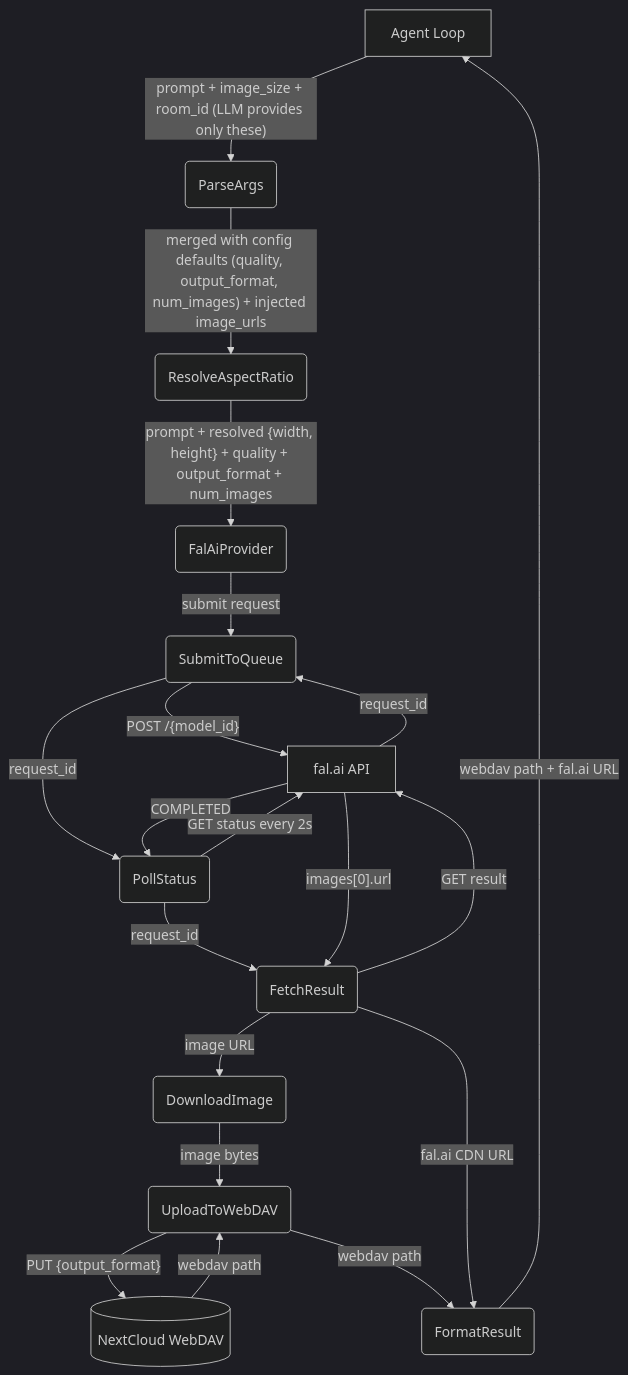
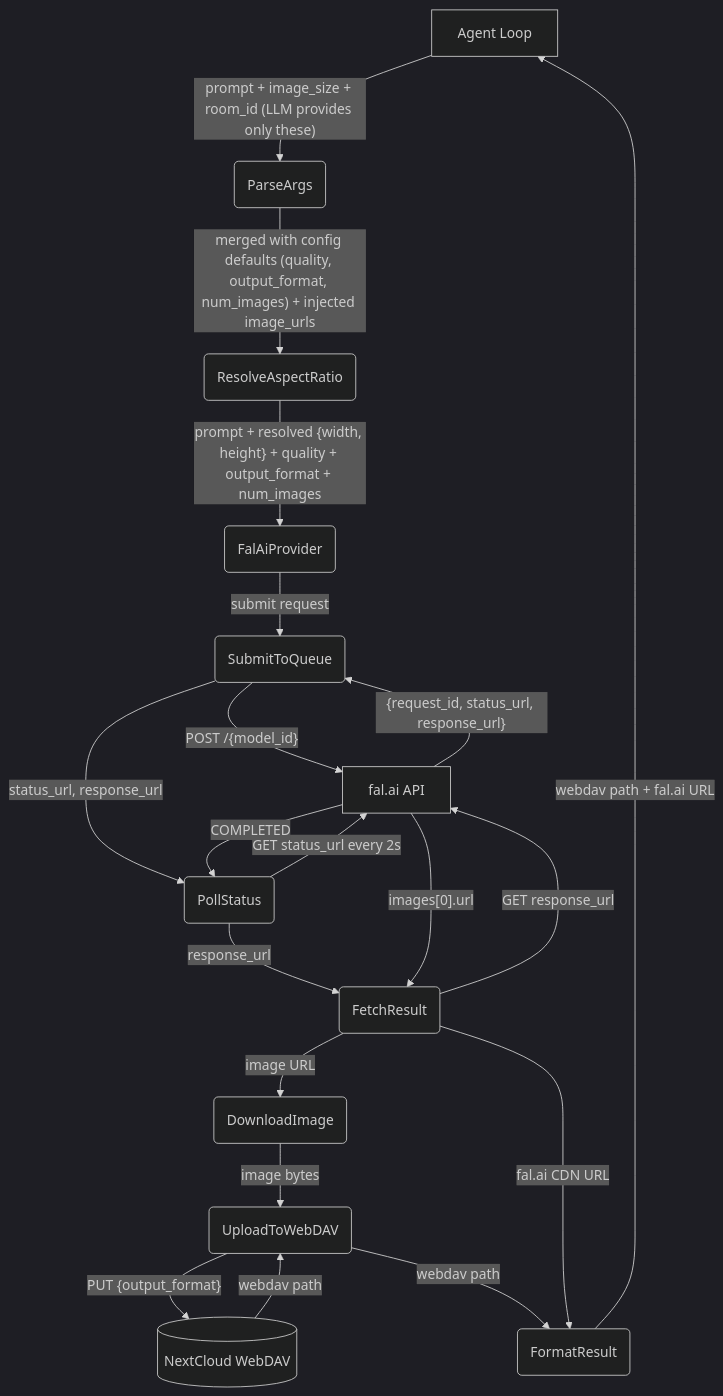
The first of 3 diagrams in _dfds/tools/image-gen.md (cosmoswafer/rockbot), drawn with Mermaid (dark theme) before and after one commit. The commit also changed other lines of this file and 13 other files, not shown here.

First line of the commit message:
fix(fal): use API-returned status_url/response_url, increase poll timeout to 10min

````diff
--- a/_dfds/tools/image-gen.md
+++ b/_dfds/tools/image-gen.md
@@ -26,35 +26,35 @@
 ```mermaid
 flowchart TD
     AGENT[Agent Loop]
     PARSE(ParseArgs)
     RESOLVE(ResolveAspectRatio)
     FAL(FalAiProvider)
     SUBMIT(SubmitToQueue)
     POLL(PollStatus)
     FETCH(FetchResult)
     DOWNLOAD(DownloadImage)
     UPLOAD(UploadToWebDAV)
     DAV[(NextCloud WebDAV)]
     FORMAT(FormatResult)
     FAL_API[fal.ai API]
 
     AGENT -->|"prompt + image_size + room_id (LLM provides only these)"| PARSE
     PARSE -->|"merged with config defaults (quality, output_format, num_images) + injected image_urls"| RESOLVE
     RESOLVE -->|"prompt + resolved {width, height} + quality + output_format + num_images"| FAL
     FAL -->|"submit request"| SUBMIT
     SUBMIT -->|"POST /{model_id}"| FAL_API
-    FAL_API -->|"request_id"| SUBMIT
-    SUBMIT -->|"request_id"| POLL
-    POLL -->|"GET status every 2s"| FAL_API
+    FAL_API -->|"{request_id, status_url, response_url}"| SUBMIT
+    SUBMIT -->|"status_url, response_url"| POLL
+    POLL -->|"GET status_url every 2s"| FAL_API
     FAL_API -->|"COMPLETED"| POLL
-    POLL -->|"request_id"| FETCH
-    FETCH -->|"GET result"| FAL_API
+    POLL -->|"response_url"| FETCH
+    FETCH -->|"GET response_url"| FAL_API
     FAL_API -->|"images[0].url"| FETCH
     FETCH -->|"image URL"| DOWNLOAD
     DOWNLOAD -->|"image bytes"| UPLOAD
     UPLOAD -->|"PUT {output_format}"| DAV
     DAV -->|"webdav path"| UPLOAD
     UPLOAD -->|"webdav path"| FORMAT
     FETCH -->|"fal.ai CDN URL"| FORMAT
     FORMAT -->|"webdav path + fal.ai URL"| AGENT
 ```
````
